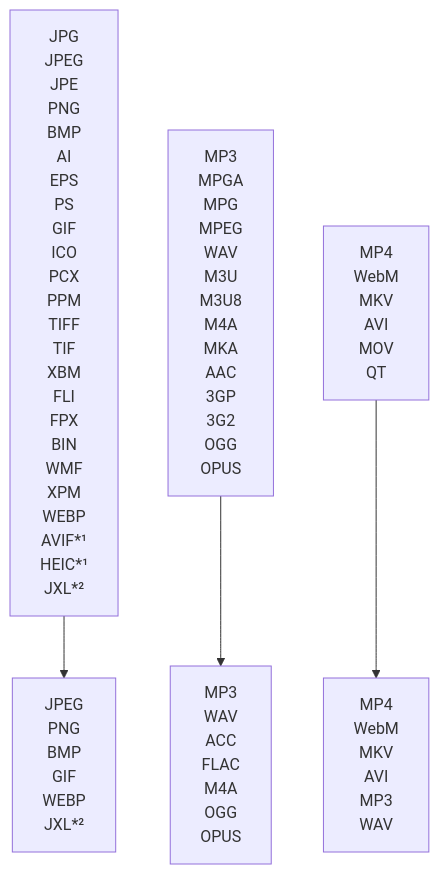
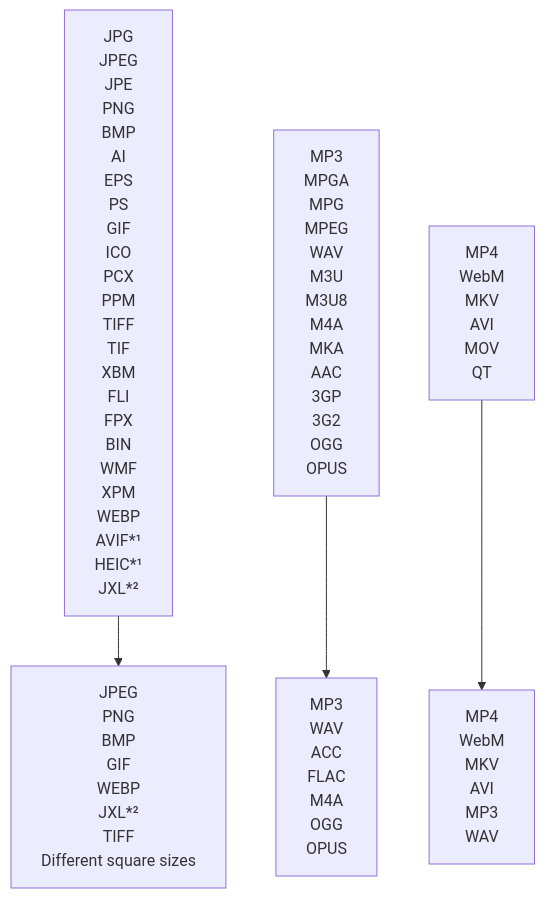
Before and after one commit to Lich-Corals/linux-file-converter-addon: the diagram in README.md, drawn with Mermaid. The commit also changed 1 other file, not shown here.

Commit message:
Added convert to TIFF and to square options

````diff
--- a/README.md
+++ b/README.md
@@ -25,21 +25,21 @@
 ```mermaid
     flowchart TD
     A[Supported Image Files]
     B[Supported Audio Files]
     C[Supported Video Files]
     D[image]
     E[audio]
     F[video]
     
     A["JPG<br/>JPEG<br/>JPE<br/>PNG<br/>BMP<br/>AI<br/>EPS<br/>PS<br/>GIF<br/>ICO<br/>PCX<br/>PPM<br/>TIFF<br/>TIF<br/>XBM<br/>FLI<br/>FPX<br/>BIN<br/>WMF<br/>XPM<br/>WEBP<br/>AVIF*¹<br/>HEIC*¹<br/>JXL*²"]
     B["MP3<br/>MPGA<br/>MPG<br/>MPEG<br/>WAV<br/>M3U<br/>M3U8<br/>M4A<br/>MKA<br/>AAC<br/>3GP<br/>3G2<br/>OGG<br/>OPUS"]
     C["MP4<br/>WebM<br/>MKV<br/>AVI<br/>MOV<br/>QT"]
 
-    D["JPEG<br/>PNG<br/>BMP<br/>GIF<br/>WEBP<br/>JXL*²"]
+    D["JPEG<br/>PNG<br/>BMP<br/>GIF<br/>WEBP<br/>JXL*²<br/>TIFF<br/>Different square sizes"]
     E["MP3<br/>WAV<br/>ACC<br/>FLAC<br/>M4A<br/>OGG<br/>OPUS"]
     F["MP4<br/>WebM<br/>MKV<br/>AVI<br/>MP3<br/>WAV"]
 
     A --> D
     B --> E
     C --> F
 ```
````
